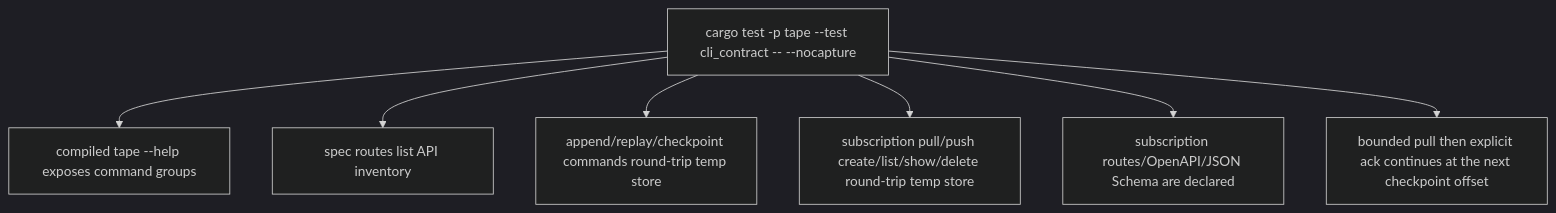
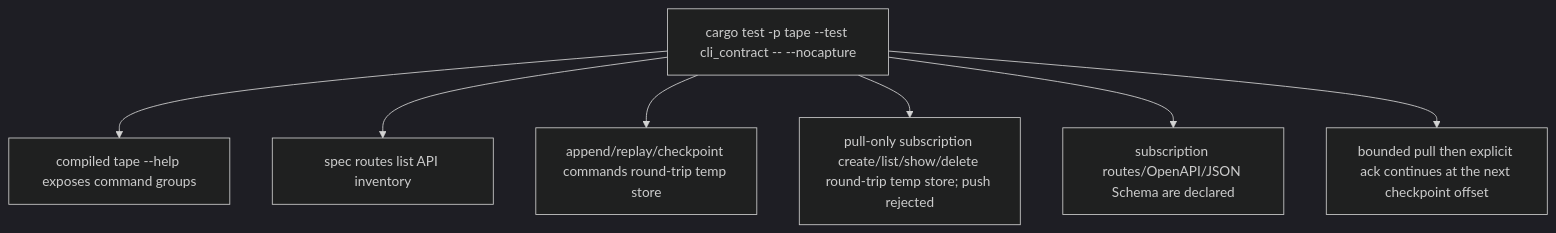
The diagram in apps/tape/tech-design/semantic/source/apps-tape-tests-cli-contract-rs.md (chrischeng-c4/axiom), drawn with Mermaid (dark theme) before and after one commit. The commit also changed other lines of this file and 297 other files, not shown here.

````diff
--- a/apps/tape/tech-design/semantic/source/apps-tape-tests-cli-contract-rs.md
+++ b/apps/tape/tech-design/semantic/source/apps-tape-tests-cli-contract-rs.md
@@ -41,12 +41,12 @@
 ```mermaid
 ---
 id: tape-td-flow
 ---
 flowchart TD
     test["cargo test -p tape --test cli_contract -- --nocapture"] --> help["compiled tape --help exposes command groups"]
     test --> spec["spec routes list API inventory"]
     test --> workflow["append/replay/checkpoint commands round-trip temp store"]
-    test --> subscriptions["subscription pull/push create/list/show/delete round-trip temp store"]
+    test --> subscriptions["pull-only subscription create/list/show/delete round-trip temp store; push rejected"]
     test --> subscription_spec["subscription routes/OpenAPI/JSON Schema are declared"]
     test --> pullack["bounded pull then explicit ack continues at the next checkpoint offset"]
 ```
````
